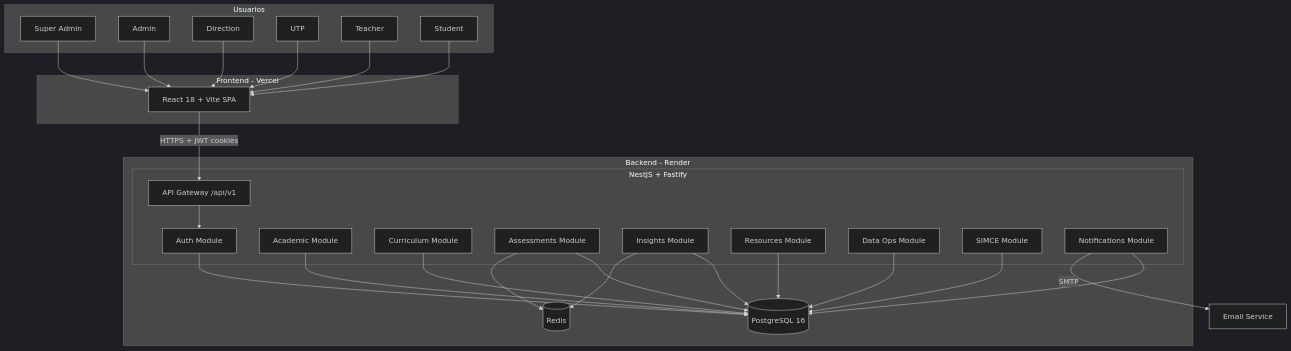
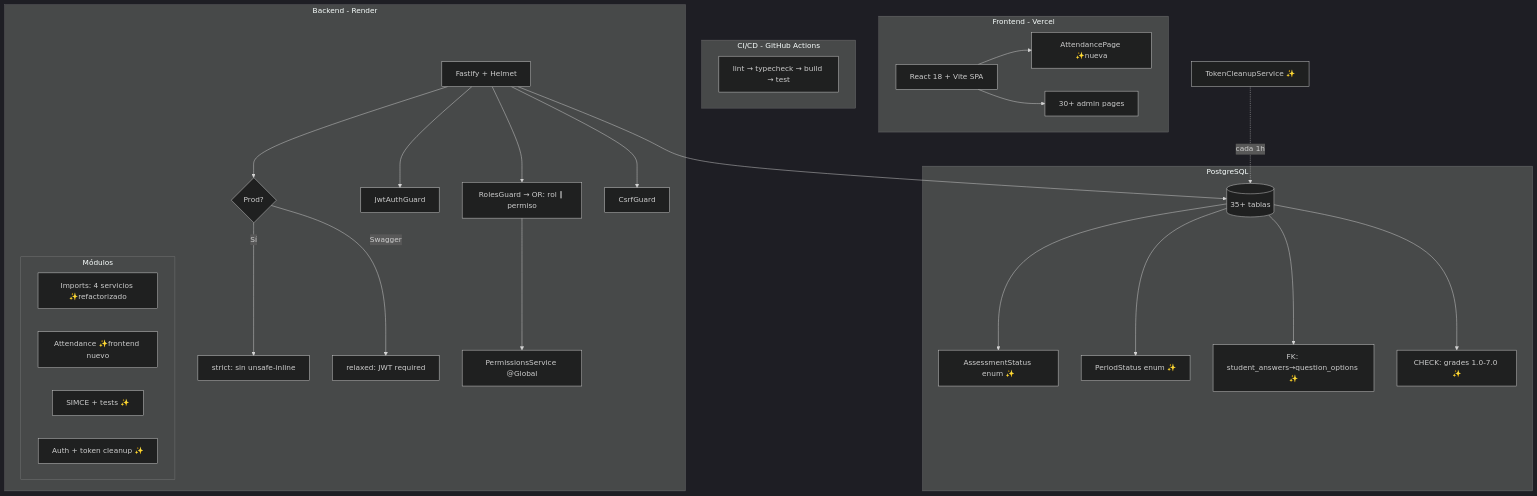
The diagram in docs/AUDITORIA_INTEGRAL_SISTEMA_2026-06-23.md (lexicorelabssystem/cordillera_puerto-), drawn with Mermaid (dark theme) before and after one commit. The commit also changed other lines of this file and 30 other files, not shown here.

````diff
--- a/docs/AUDITORIA_INTEGRAL_SISTEMA_2026-06-23.md
+++ b/docs/AUDITORIA_INTEGRAL_SISTEMA_2026-06-23.md
@@ -132,40 +135,43 @@
 ```mermaid
 graph TB
-    subgraph "Usuarios"
-        SA[Super Admin]
-        AD[Admin]
-        DI[Direction]
-        UT[UTP]
-        TE[Teacher]
-        ST[Student]
+    subgraph "Frontend - Vercel"
+        FE[React 18 + Vite SPA]
+        FE --> P1[AttendancePage ✨nueva]
+        FE --> P2[30+ admin pages]
     end
 
-    subgraph "Frontend - Vercel"
-        FE[React 18 + Vite SPA]
+    subgraph "CI/CD - GitHub Actions"
+        CI[lint → typecheck → build → test]
     end
 
     subgraph "Backend - Render"
-        subgraph "NestJS + Fastify"
-            GW[API Gateway /api/v1]
-            AUTH[Auth Module]
-            ACAD[Academic Module]
-            CURR[Curriculum Module]
-            ASM[Assessments Module]
-            INS[Insights Module]
-            RES[Resources Module]
-            DOPS[Data Ops Module]
-            SIMCE[SIMCE Module]
-            NOTIF[Notifications Module]
+        GW[Fastify + Helmet]
+        GW --> CSP{Prod?}
+        CSP -->|Sí| CSPS[strict: sin unsafe-inline]
+        CSP -->|Swagger| SWR[relaxed: JWT required]
+        
+        GW --> G1[JwtAuthGuard]
+        GW --> G2[RolesGuard → OR: rol ∥ permiso]
+        GW --> G3[CsrfGuard]
+        
+        G2 --> PM[PermissionsService @Global]
+        
+        subgraph "Módulos"
+            IMP[Imports: 4 servicios ✨refactorizado]
+            ATT[Attendance ✨frontend nuevo]
+            SIMCE[SIMCE + tests ✨]
+            AUTH[Auth + token cleanup ✨]
         end
-        DB[(PostgreSQL 16)]
-        CACHE[(Redis)]
     end
 
-    SA & AD & DI & UT & TE & ST --> FE
-    FE -->|HTTPS + JWT cookies| GW
-    GW --> AUTH
-    AUTH --> DB
-    ACAD & CURR & ASM & INS & RES & DOPS & SIMCE & NOTIF --> DB
-    ASM & INS --> CACHE
-    NOTIF -->|SMTP| EMAIL[Email Service]
+    subgraph "PostgreSQL"
+        DB[(35+ tablas)]
+        DB --> E1[AssessmentStatus enum ✨]
+        DB --> E2[PeriodStatus enum ✨]
+        DB --> FK1[FK: student_answers→question_options ✨]
+        DB --> CHK[CHECK: grades 1.0-7.0 ✨]
+    end
+
+    GW --> DB
+    TKN[TokenCleanupService ✨] -.->|cada 1h| DB
 ```
````
